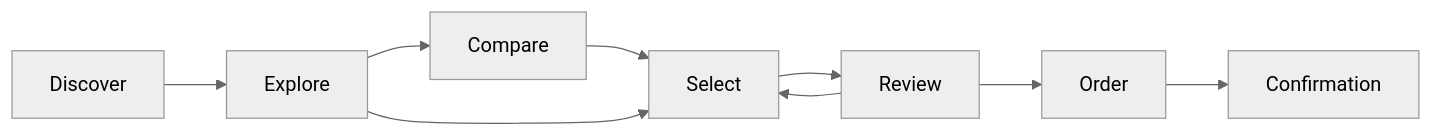
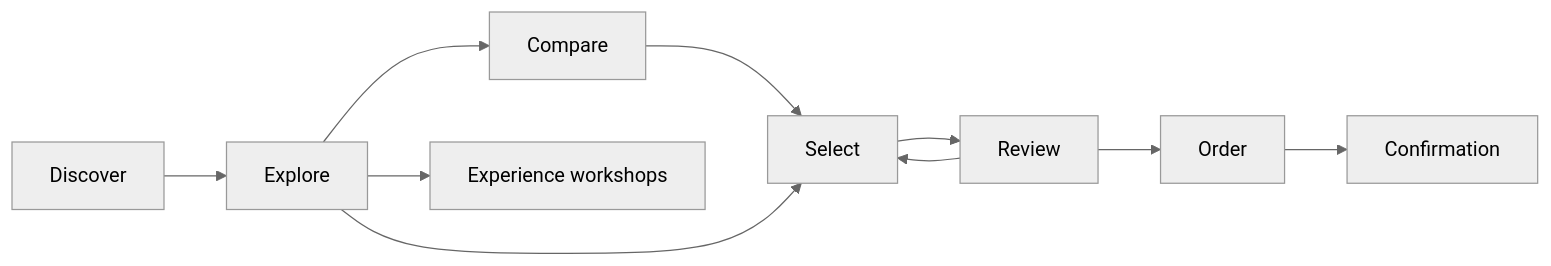
One commit to jonashey1/team11-cookie-shop changed the diagram in docs/customer-journey-map.md. Above: the diagram before and after it, drawn with Mermaid (neutral theme). The commit also changed other lines of this file and 21 other files, not shown here.

````diff
--- a/docs/customer-journey-map.md
+++ b/docs/customer-journey-map.md
@@ -5,6 +5,7 @@
 ```mermaid
 flowchart LR
   D[Discover] --> E[Explore] --> C[Compare] --> S[Select] --> R[Review] --> O[Order] --> F[Confirmation]
   E --> S
+  E --> W[Experience workshops]
   R --> S
 ```
````
